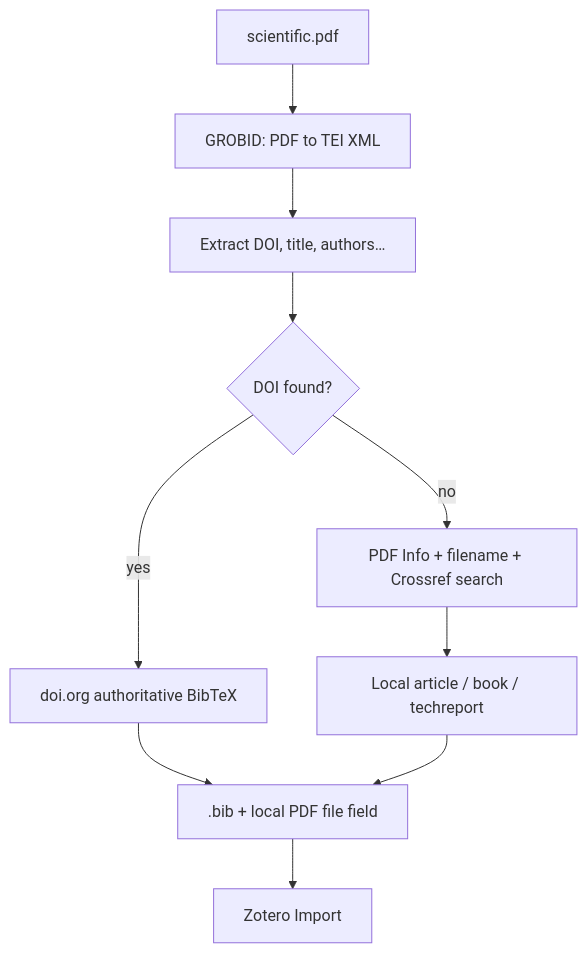
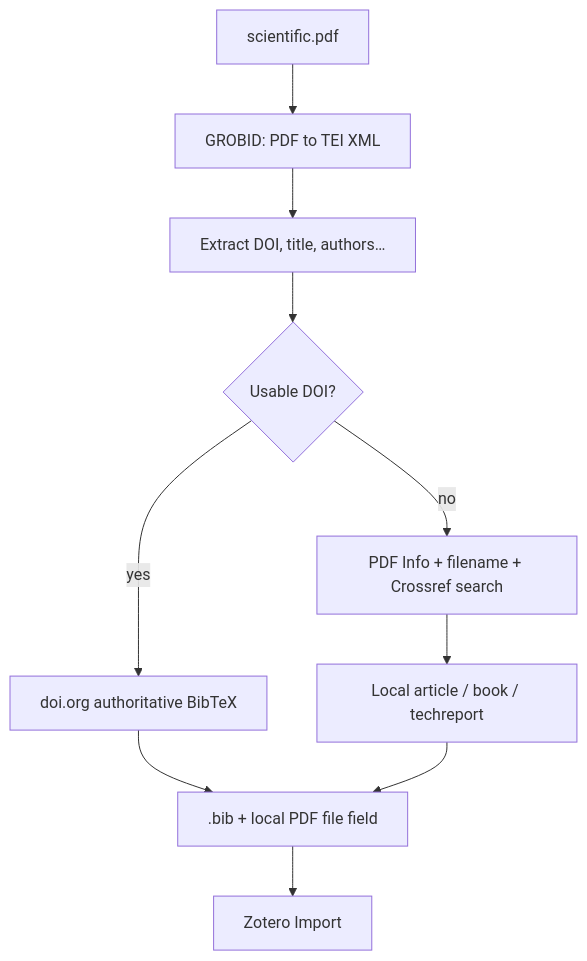
Before and after one commit to jensabrahamsson/pdf2zotero: the second of 8 diagrams in GUIDE.md, drawn with Mermaid. The commit also changed other lines of this file and 6 other files, not shown here.

````diff
--- a/GUIDE.md
+++ b/GUIDE.md
@@ -71,12 +71,12 @@
 ```mermaid
 flowchart TD
   PDF[scientific.pdf] --> GROBID[GROBID: PDF to TEI XML]
   GROBID --> META[Extract DOI, title, authors…]
-  META --> DOI{DOI found?}
+  META --> DOI{Usable DOI?}
   DOI -->|yes| DOIORG[doi.org authoritative BibTeX]
   DOI -->|no| FILL[PDF Info + filename + Crossref search]
   FILL --> LOCAL[Local article / book / techreport]
   DOIORG --> BIB[".bib + local PDF file field"]
   LOCAL --> BIB
   BIB --> ZOT[Zotero Import]
 ```
````
